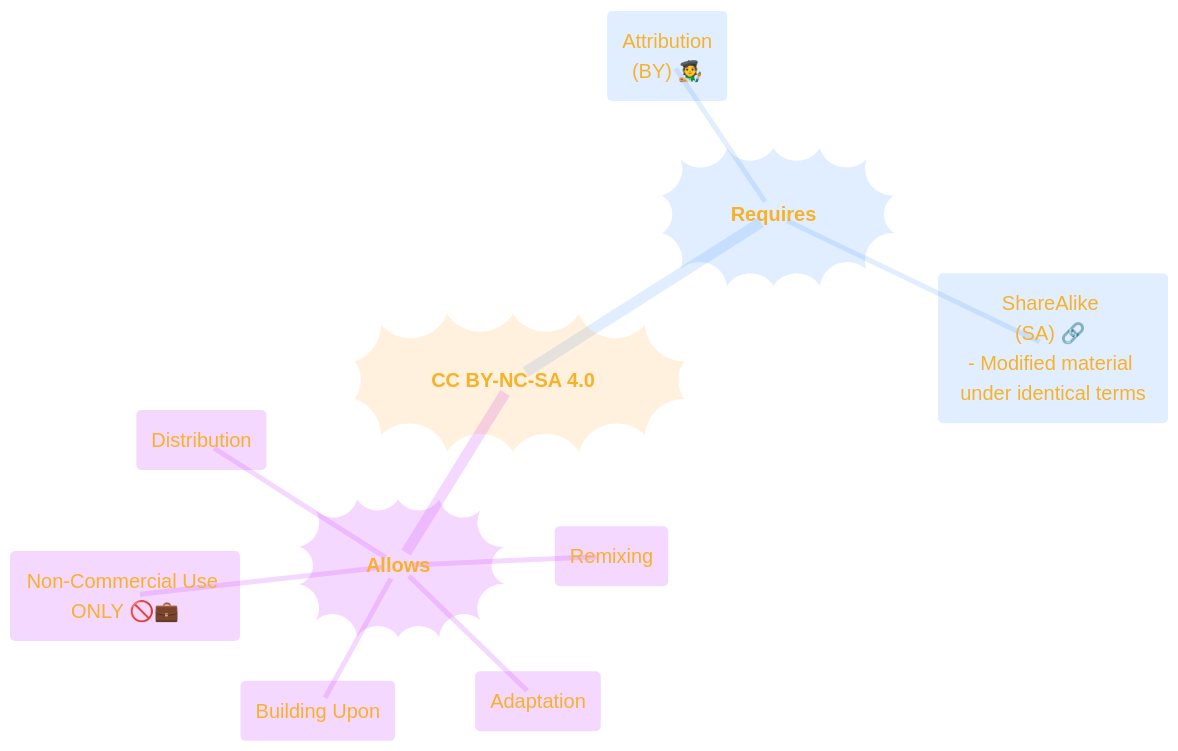
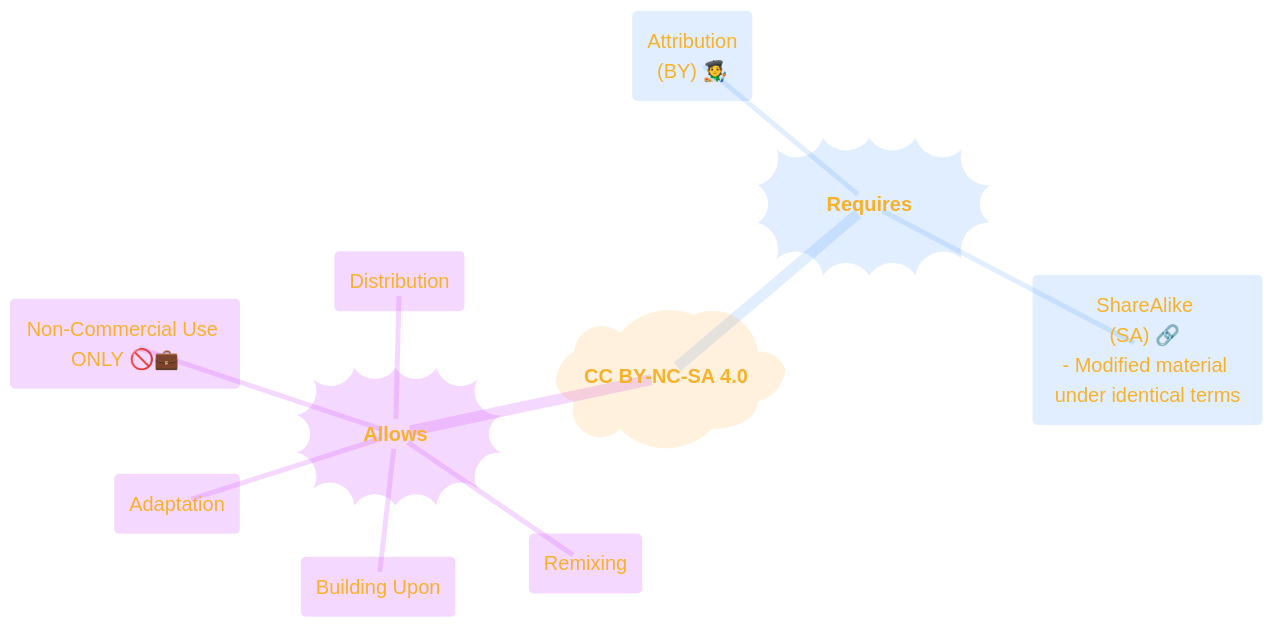
One commit to CongLeSolutionX/LegalLens changed the fifth of 10 diagrams in arXiv_License_Info/arXiv_License_Information.md. Above: the diagram before and after it, drawn with Mermaid.

````diff
--- a/arXiv_License_Info/arXiv_License_Information.md
+++ b/arXiv_License_Info/arXiv_License_Information.md
@@ -293,43 +293,43 @@
 ```mermaid
 ---
 title: "CC BY-NC-SA 4.0 (Attribution-NonCommercial-ShareAlike)"
 author: "Cong Le"
 version: "1.0"
 license(s): "MIT, CC BY-SA 4.0"
 copyright: "Copyright (c) 2025 Cong Le. All Rights Reserved."
 config:
   theme: base
 ---
 %%%%%%%% Mermaid version v11.4.1-b.14
 %%{
   init: {
     'fontFamily': 'American Typewriter, monospace',
     'logLevel': 'fatal',
     'mindmap': {
 	    'nodeAlign': 'center',
 	    'padding': 20
     },
     'themeVariables': {
       'primaryColor': '#FC82',
       'primaryTextColor': '#F8B229',
       'primaryBorderColor': '#27AE60',
       'secondaryColor': '#EBF3',
       'secondaryTextColor': '#6C3483',
       'secondaryBorderColor': '#A569BD',
       'fontSize': '20px'
     }
   }
 }%%
 mindmap
-  root))"**CC BY-NC-SA 4.0**"((
+  root)"**CC BY-NC-SA 4.0**"(
     ::icon(fa fa-creative-commons)
     Allows))"**Allows**"((
       (Distribution)
       (Remixing)
       (Adaptation)
       (Building Upon)
       (Non-Commercial Use ONLY 🚫💼)
     Requires))"**Requires**"((
       ("Attribution <br/>(BY) 🧑‍🎨")
       ("ShareAlike <br/>(SA) 🔗 <br/>- Modified material under identical terms")
 ```
````
